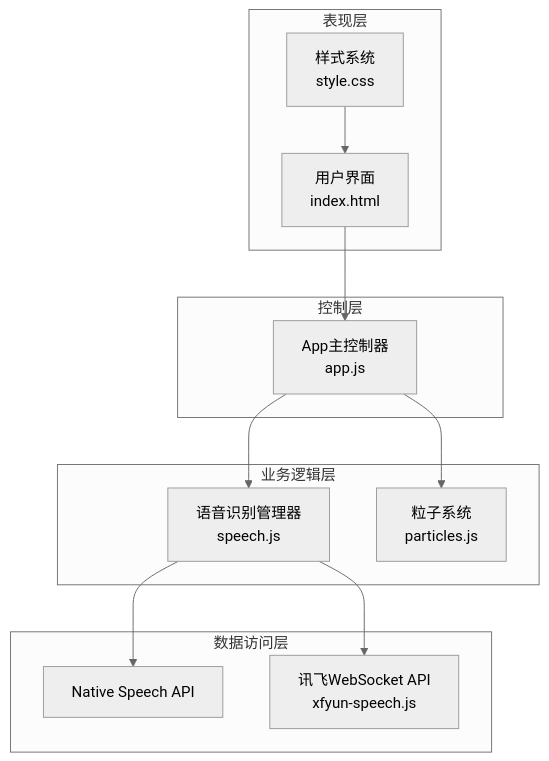
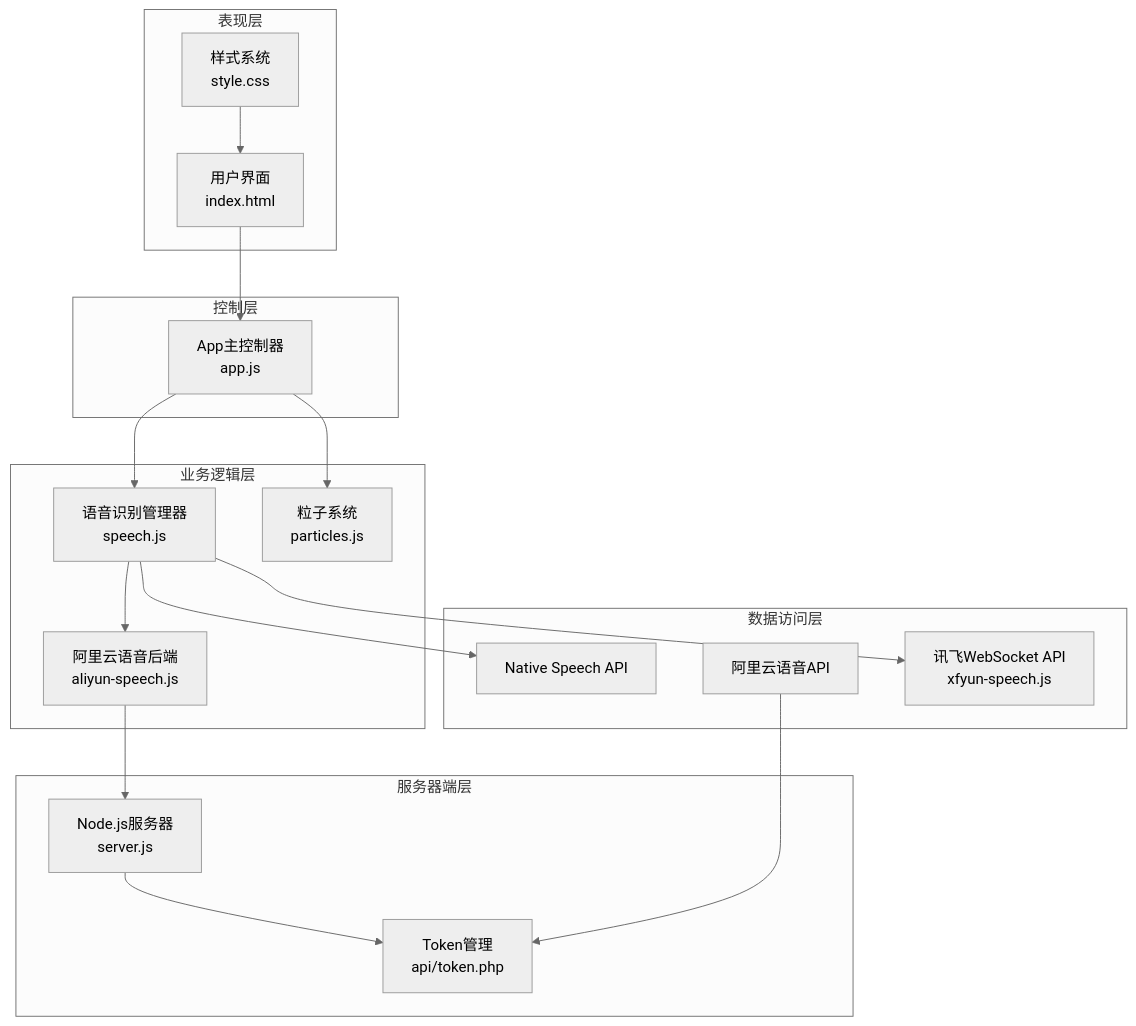
The second of 15 diagrams in .qoder/repowiki/zh/content/核心架构设计/核心架构设计.md (db300/MySpeechRecognition), drawn with Mermaid (neutral theme) before and after one commit. The commit also changed other lines of this file and 26 other files, not shown here.

````diff
--- a/.qoder/repowiki/zh/content/核心架构设计/核心架构设计.md
+++ b/.qoder/repowiki/zh/content/核心架构设计/核心架构设计.md
@@ -90,24 +112,34 @@
 ```mermaid
 graph TB
 subgraph "表现层"
 UI[用户界面<br/>index.html]
 STYLES[样式系统<br/>style.css]
 end
 subgraph "控制层"
 APP[App主控制器<br/>app.js]
 end
 subgraph "业务逻辑层"
 SPEECH[语音识别管理器<br/>speech.js]
 PARTICLES[粒子系统<br/>particles.js]
+ALIYUN[阿里云语音后端<br/>aliyun-speech.js]
+end
+subgraph "服务器端层"
+SERVER[Node.js服务器<br/>server.js]
+TOKEN[Token管理<br/>api/token.php]
 end
 subgraph "数据访问层"
 NATIVE[Native Speech API]
+ALIYUN_API[阿里云语音API]
 XFYUN[讯飞WebSocket API<br/>xfyun-speech.js]
 end
 UI --> APP
 STYLES --> UI
 APP --> SPEECH
 APP --> PARTICLES
+SPEECH --> ALIYUN
 SPEECH --> NATIVE
 SPEECH --> XFYUN
+ALIYUN --> SERVER
+SERVER --> TOKEN
+ALIYUN_API --> TOKEN
 ```
````
